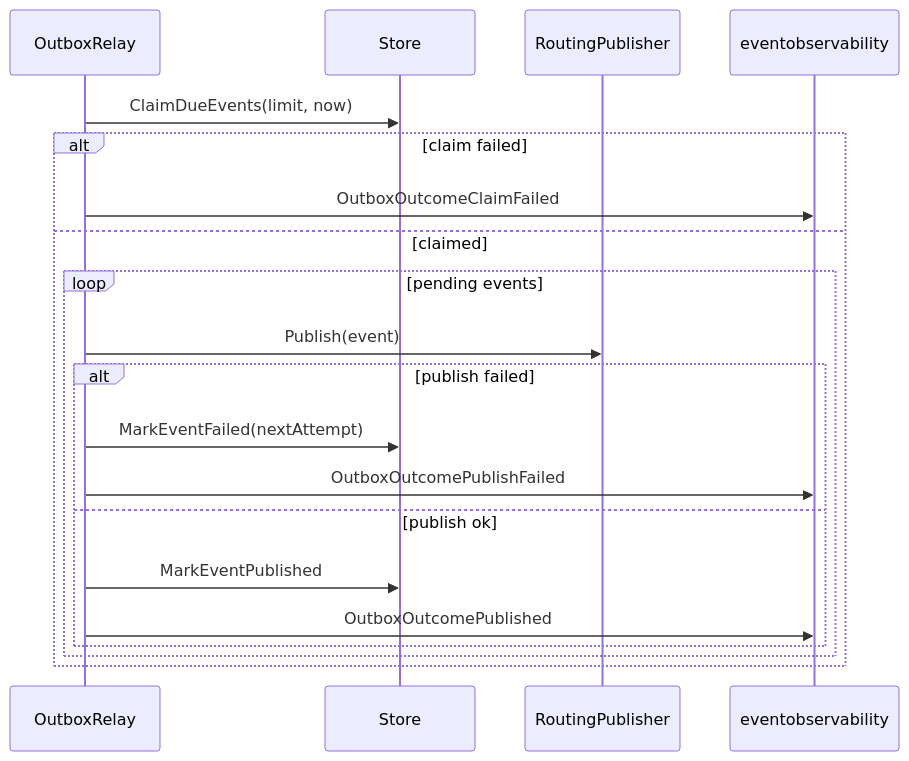
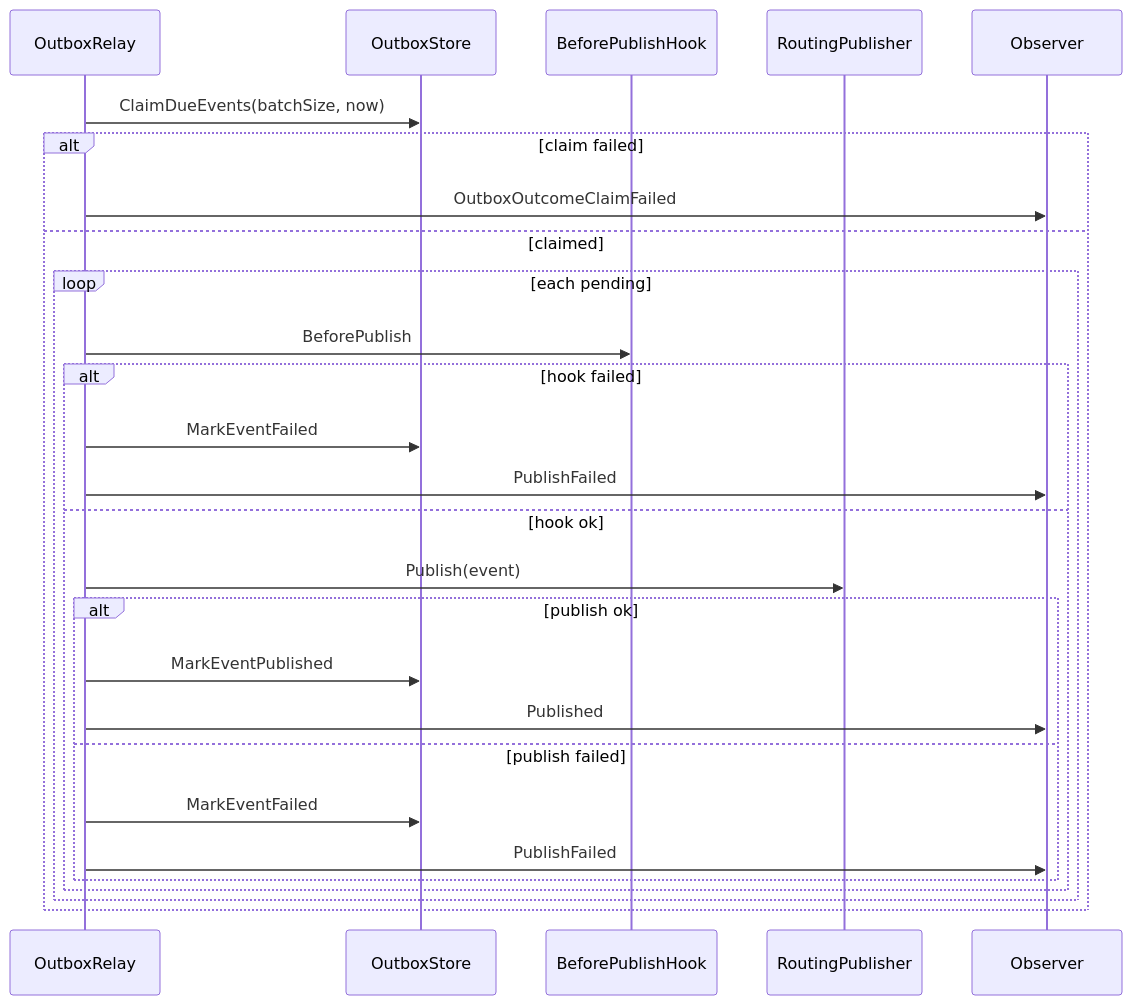
The fourth of 4 diagrams in docs/03-基础设施/event/02-Publish与Outbox.md (FangcunMount/qs-server), drawn with Mermaid before and after one commit. The commit also changed other lines of this file and 9 other files, not shown here.

````diff
--- a/docs/03-基础设施/event/02-Publish与Outbox.md
+++ b/docs/03-基础设施/event/02-Publish与Outbox.md
@@ -102,23 +518,30 @@
 ```mermaid
 sequenceDiagram
-    participant R as OutboxRelay
-    participant S as Store
-    participant P as RoutingPublisher
-    participant O as eventobservability
+    participant Relay as OutboxRelay
+    participant Store as OutboxStore
+    participant Hook as BeforePublishHook
+    participant Publisher as RoutingPublisher
+    participant Obs as Observer
 
-    R->>S: ClaimDueEvents(limit, now)
+    Relay->>Store: ClaimDueEvents(batchSize, now)
     alt claim failed
-        R->>O: OutboxOutcomeClaimFailed
+        Relay->>Obs: OutboxOutcomeClaimFailed
     else claimed
-        loop pending events
-            R->>P: Publish(event)
-            alt publish failed
-                R->>S: MarkEventFailed(nextAttempt)
-                R->>O: OutboxOutcomePublishFailed
-            else publish ok
-                R->>S: MarkEventPublished
-                R->>O: OutboxOutcomePublished
+        loop each pending
+            Relay->>Hook: BeforePublish
+            alt hook failed
+                Relay->>Store: MarkEventFailed
+                Relay->>Obs: PublishFailed
+            else hook ok
+                Relay->>Publisher: Publish(event)
+                alt publish ok
+                    Relay->>Store: MarkEventPublished
+                    Relay->>Obs: Published
+                else publish failed
+                    Relay->>Store: MarkEventFailed
+                    Relay->>Obs: PublishFailed
+                end
             end
         end
     end
 ```
````
